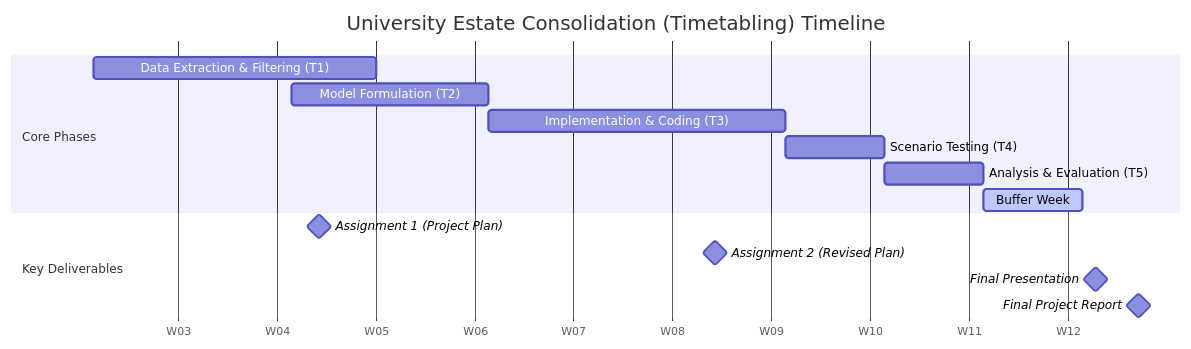
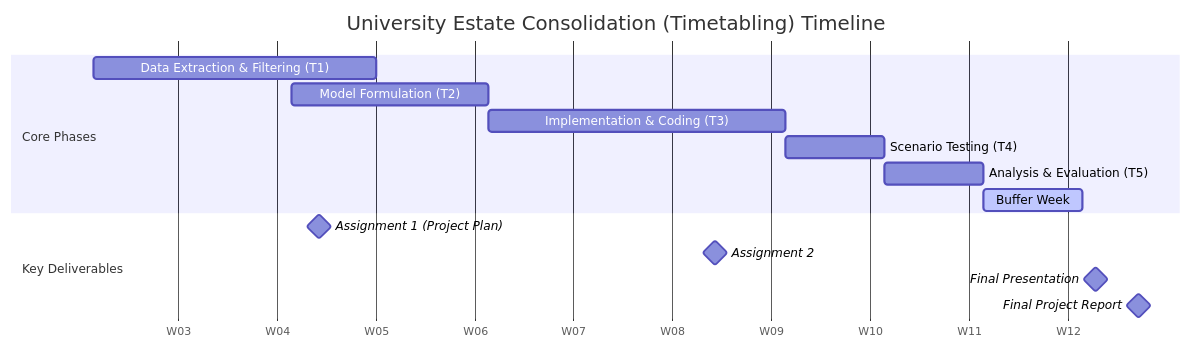
Before and after one commit to Selina-499/Topics-Timetabling: the diagram in Assignment1.md, drawn with Mermaid.

````diff
--- a/Assignment1.md
+++ b/Assignment1.md
@@ -32,21 +32,21 @@
 ```mermaid
 gantt
     title University Estate Consolidation (Timetabling) Timeline
     dateFormat  YYYY-MM-DD
     axisFormat  W%W
     todayMarker off
     
     section Core Phases
     Data Extraction & Filtering (T1) :a1, 2026-01-19, 20d
     Model Formulation (T2)           :a2, 2026-02-02, 14d
     Implementation & Coding (T3)     :a3, after a2, 21d
     Scenario Testing (T4)            :a4, after a3, 7d
     Analysis & Evaluation (T5)       :a5, after a4, 7d
     Buffer Week                      :active, b1, 2026-03-23, 7d
 
     section Key Deliverables
     Assignment 1 (Project Plan)      :milestone, m1, 2026-02-04, 0d
-    Assignment 2 (Revised Plan)      :milestone, m2, 2026-03-04, 0d
+    Assignment 2                     :milestone, m2, 2026-03-04, 0d
     Final Presentation               :milestone, m4, 2026-03-31, 0d
     Final Project Report             :milestone, m3, 2026-04-03, 0d
 ```
````
